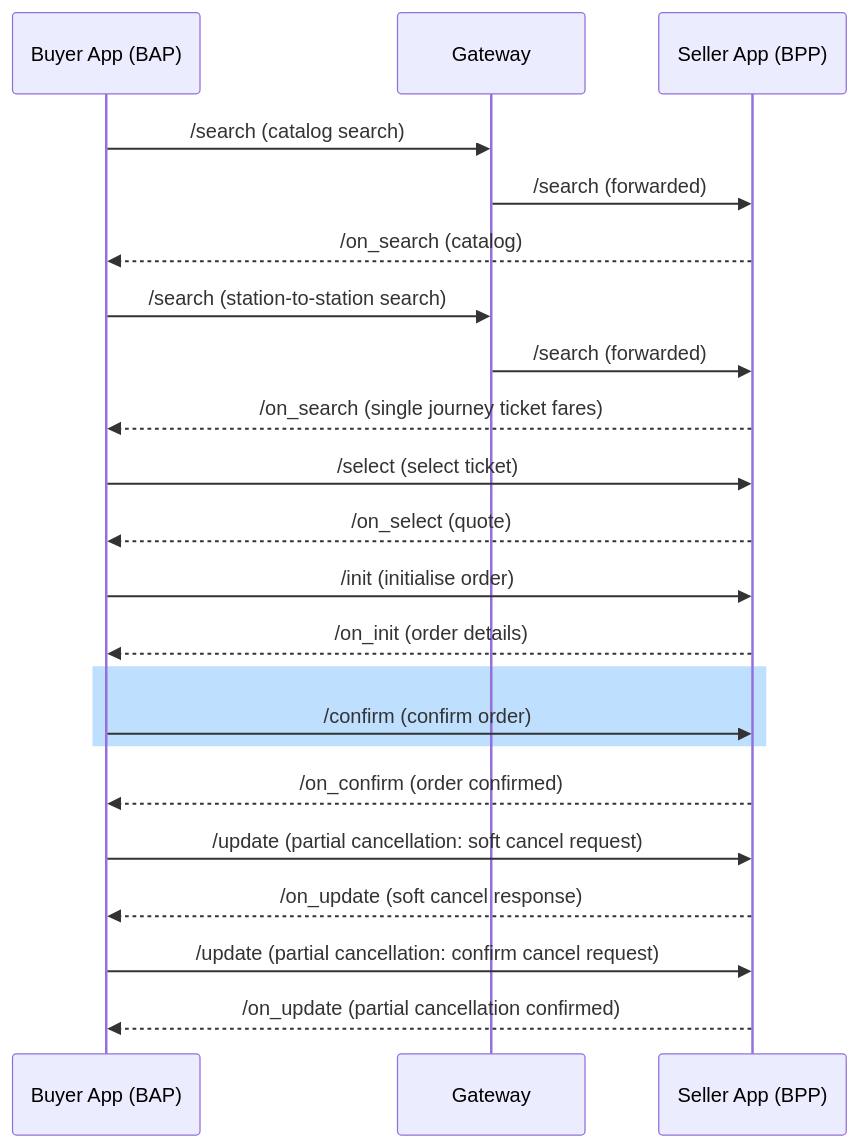
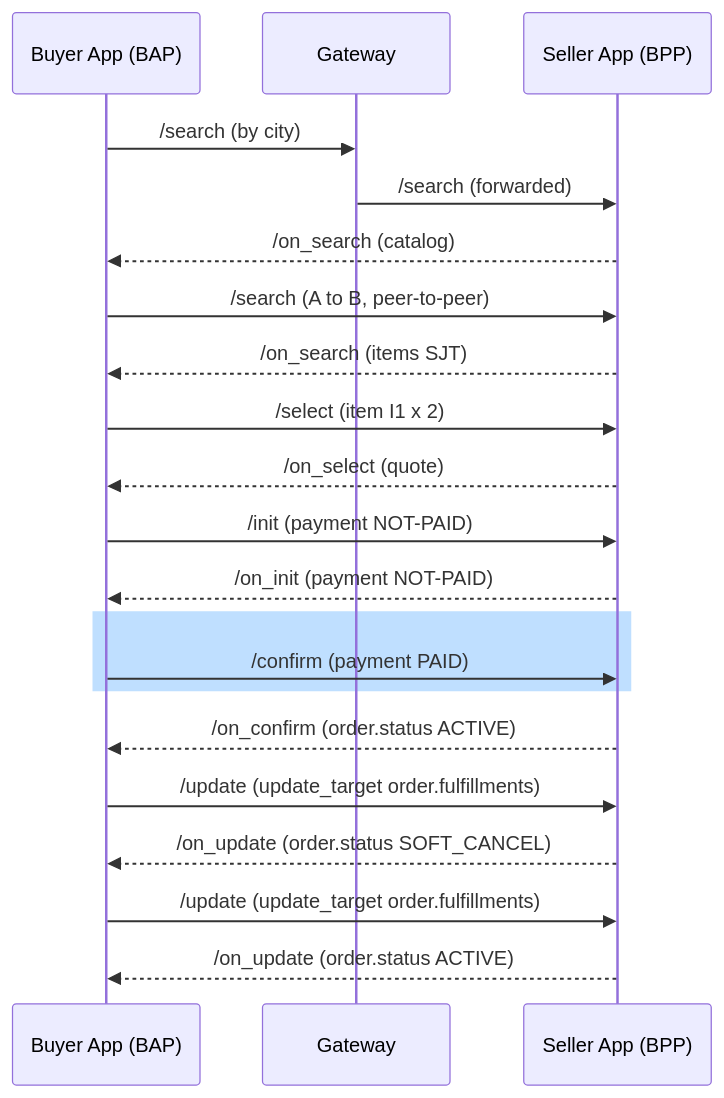
Before and after one commit to ONDC-Official/automation-specifications: the ninth of 14 diagrams in config/docs/partial-cancellation-flow-sequence-diagrams.md, drawn with Mermaid. The commit also changed other lines of this file and 24 other files, not shown here.

````diff
--- a/config/docs/partial-cancellation-flow-sequence-diagrams.md
+++ b/config/docs/partial-cancellation-flow-sequence-diagrams.md
@@ -228,24 +220,23 @@
 ```mermaid
 sequenceDiagram
   participant Buyer App (BAP)
   participant Gateway
   participant Seller App (BPP)
-  Buyer App (BAP)->>Gateway: /search (catalog search)
+  Buyer App (BAP)->>Gateway: /search (by city)
   Gateway->>Seller App (BPP): /search (forwarded)
   Seller App (BPP)-->>Buyer App (BAP): /on_search (catalog)
-  Buyer App (BAP)->>Gateway: /search (station-to-station search)
-  Gateway->>Seller App (BPP): /search (forwarded)
-  Seller App (BPP)-->>Buyer App (BAP): /on_search (single journey ticket fares)
-  Buyer App (BAP)->>Seller App (BPP): /select (select ticket)
+  Buyer App (BAP)->>Seller App (BPP): /search (A to B, peer-to-peer)
+  Seller App (BPP)-->>Buyer App (BAP): /on_search (items SJT)
+  Buyer App (BAP)->>Seller App (BPP): /select (item I1 x 2)
   Seller App (BPP)-->>Buyer App (BAP): /on_select (quote)
-  Buyer App (BAP)->>Seller App (BPP): /init (initialise order)
-  Seller App (BPP)-->>Buyer App (BAP): /on_init (order details)
+  Buyer App (BAP)->>Seller App (BPP): /init (payment NOT-PAID)
+  Seller App (BPP)-->>Buyer App (BAP): /on_init (payment NOT-PAID)
   rect rgb(191, 223, 255)
-  Buyer App (BAP)->>Seller App (BPP): /confirm (confirm order)
+  Buyer App (BAP)->>Seller App (BPP): /confirm (payment PAID)
   end
-  Seller App (BPP)-->>Buyer App (BAP): /on_confirm (order confirmed)
-  Buyer App (BAP)->>Seller App (BPP): /update (partial cancellation: soft cancel request)
-  Seller App (BPP)-->>Buyer App (BAP): /on_update (soft cancel response)
-  Buyer App (BAP)->>Seller App (BPP): /update (partial cancellation: confirm cancel request)
-  Seller App (BPP)-->>Buyer App (BAP): /on_update (partial cancellation confirmed)
+  Seller App (BPP)-->>Buyer App (BAP): /on_confirm (order.status ACTIVE)
+  Buyer App (BAP)->>Seller App (BPP): /update (update_target order.fulfillments)
+  Seller App (BPP)-->>Buyer App (BAP): /on_update (order.status SOFT_CANCEL)
+  Buyer App (BAP)->>Seller App (BPP): /update (update_target order.fulfillments)
+  Seller App (BPP)-->>Buyer App (BAP): /on_update (order.status ACTIVE)
 ```
````
